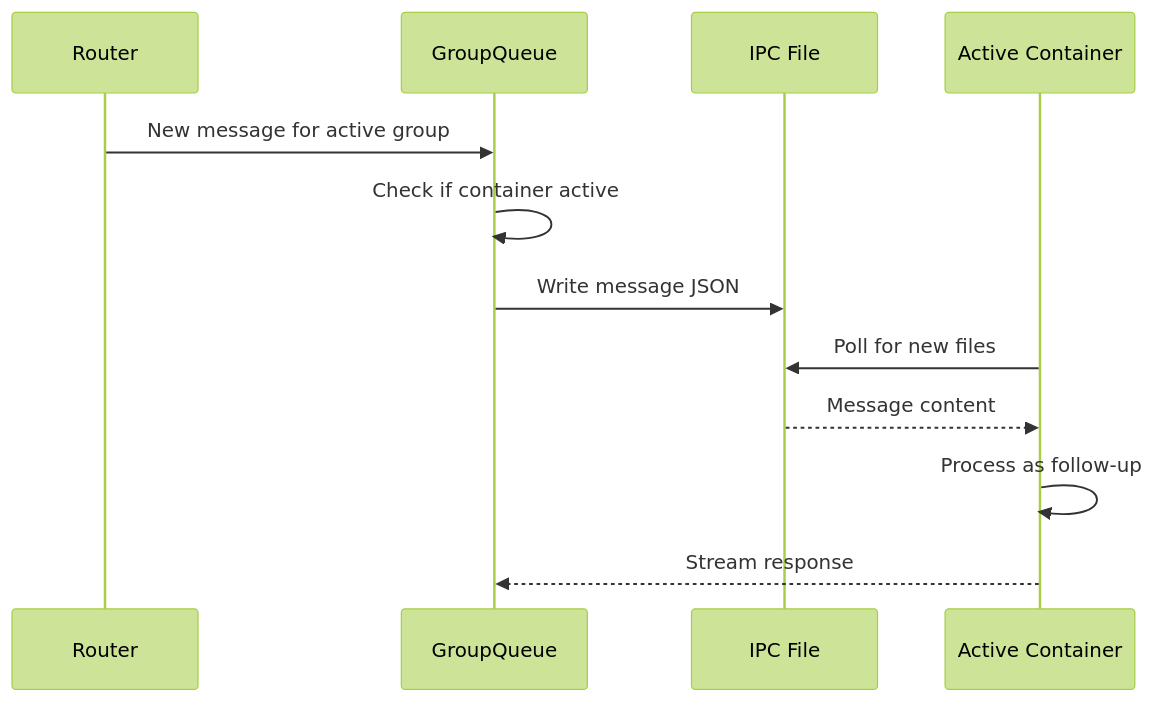
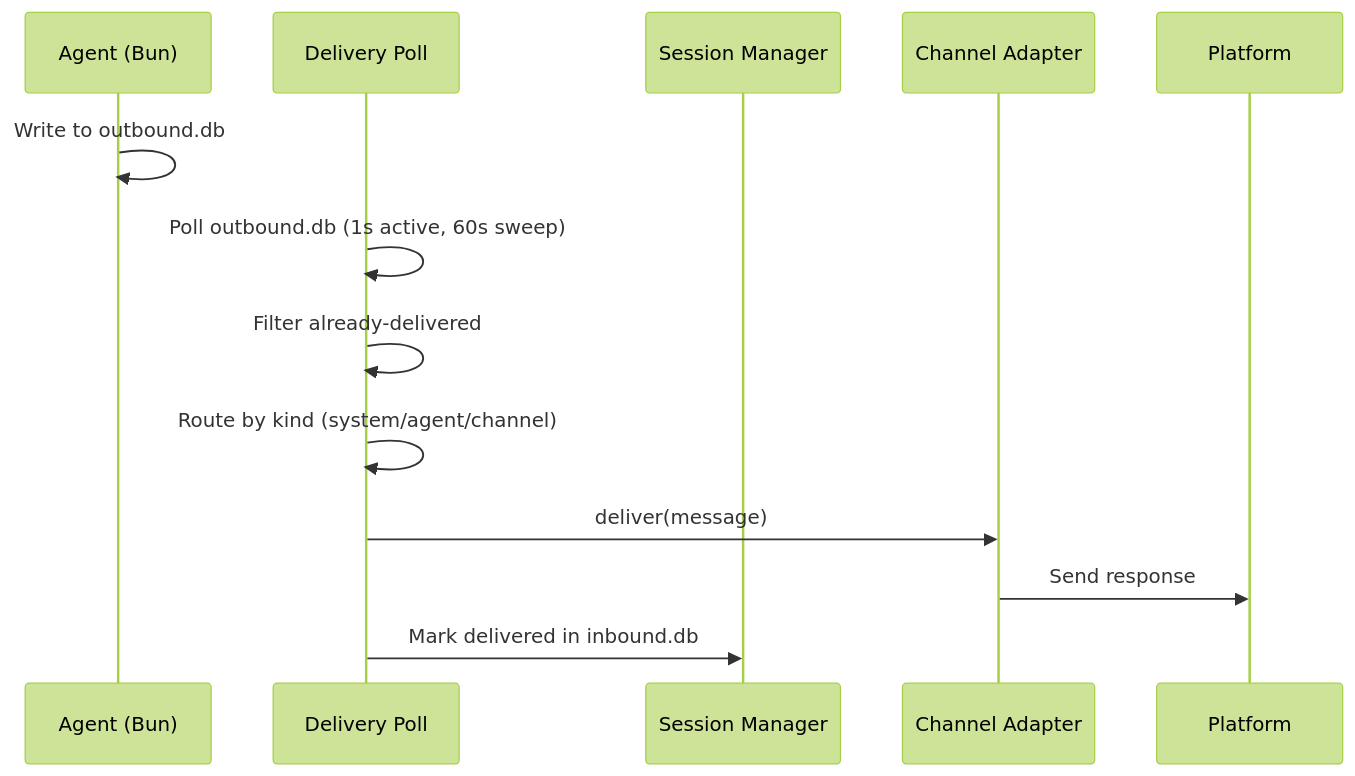
The third of 3 diagrams in concepts/architecture.mdx (glifocat/nanoclaw-docs), drawn with Mermaid (forest theme) before and after one commit. The commit also changed other lines of this file and 14 other files, not shown here.

First line of the commit message:
docs: update documentation for v2.0.0 architectural rewrite (#187)

````diff
--- a/concepts/architecture.mdx
+++ b/concepts/architecture.mdx
@@ -191,15 +171,16 @@
 ```mermaid
 sequenceDiagram
-    participant RT as Router
-    participant GQ as GroupQueue
-    participant IPC as IPC File
-    participant AG as Active Container
-    
-    RT->>GQ: New message for active group
-    GQ->>GQ: Check if container active
-    GQ->>IPC: Write message JSON
-    AG->>IPC: Poll for new files
-    IPC-->>AG: Message content
-    AG->>AG: Process as follow-up
-    AG-->>GQ: Stream response
+    participant AG as Agent (Bun)
+    participant DL as Delivery Poll
+    participant SM as Session Manager
+    participant CA as Channel Adapter
+    participant PL as Platform
+
+    AG->>AG: Write to outbound.db
+    DL->>DL: Poll outbound.db (1s active, 60s sweep)
+    DL->>DL: Filter already-delivered
+    DL->>DL: Route by kind (system/agent/channel)
+    DL->>CA: deliver(message)
+    CA->>PL: Send response
+    DL->>SM: Mark delivered in inbound.db
 ```
````
